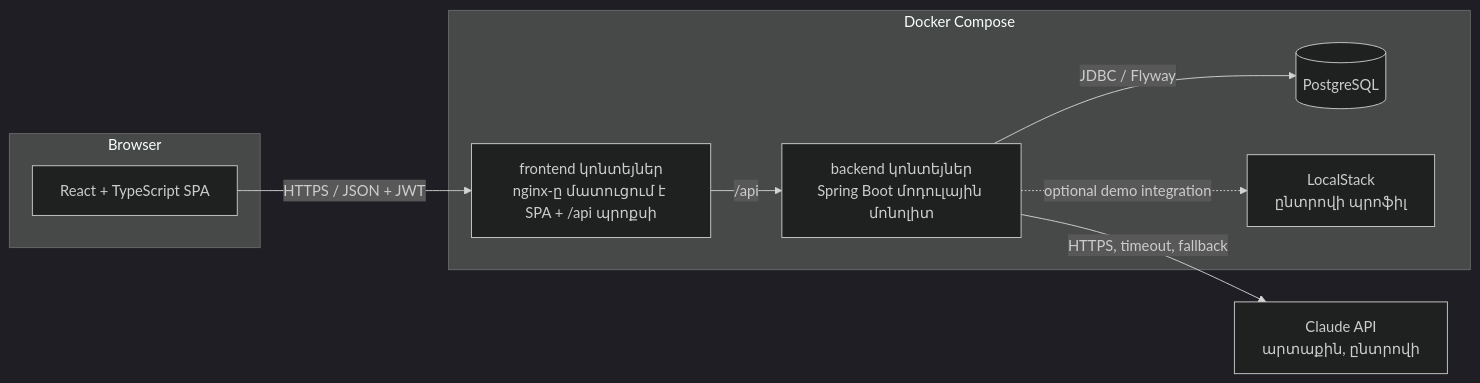
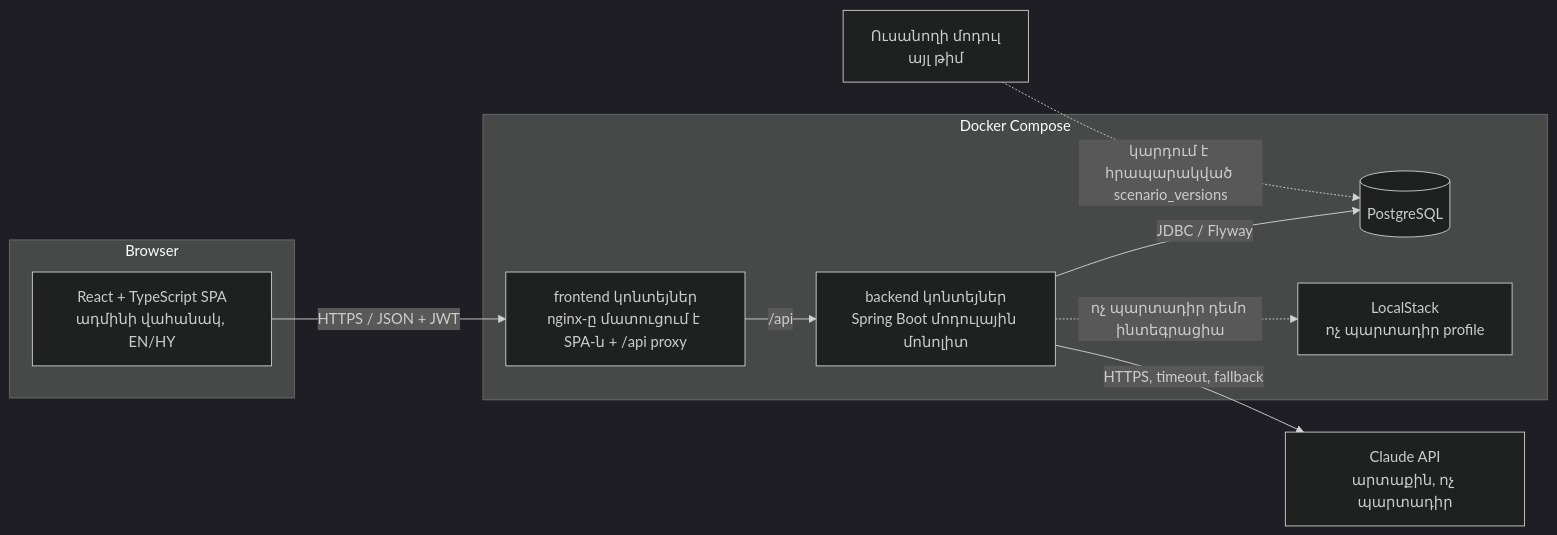
The first of 4 diagrams in docs/hy/04-system-architecture.md (baghdasaryanzenfira-spec/cyber-sim), drawn with Mermaid (dark theme) before and after one commit. The commit also changed other lines of this file and 37 other files, not shown here.

````diff
--- a/docs/hy/04-system-architecture.md
+++ b/docs/hy/04-system-architecture.md
@@ -7,19 +10,21 @@
 ```mermaid
 flowchart LR
   subgraph Browser
-    SPA[React + TypeScript SPA]
+    SPA[React + TypeScript SPA<br/>ադմինի վահանակ, EN/HY]
   end
   subgraph Docker Compose
-    FE[frontend կոնտեյներ<br/>nginx-ը մատուցում է SPA + /api պրոքսի]
+    FE[frontend կոնտեյներ<br/>nginx-ը մատուցում է SPA-ն + /api proxy]
     BE[backend կոնտեյներ<br/>Spring Boot մոդուլային մոնոլիտ]
     DB[(PostgreSQL)]
-    LS[LocalStack<br/>ընտրովի պրոֆիլ]
+    LS[LocalStack<br/>ոչ պարտադիր profile]
   end
-  AI[Claude API<br/>արտաքին, ընտրովի]
+  AI[Claude API<br/>արտաքին, ոչ պարտադիր]
+  LM[Ուսանողի մոդուլ<br/>այլ թիմ]
 
   SPA -- HTTPS / JSON + JWT --> FE
   FE -- /api --> BE
   BE -- JDBC / Flyway --> DB
   BE -- HTTPS, timeout, fallback --> AI
-  BE -. optional demo integration .-> LS
+  BE -. ոչ պարտադիր դեմո ինտեգրացիա .-> LS
+  LM -. կարդում է հրապարակված scenario_versions .-> DB
 ```
````
